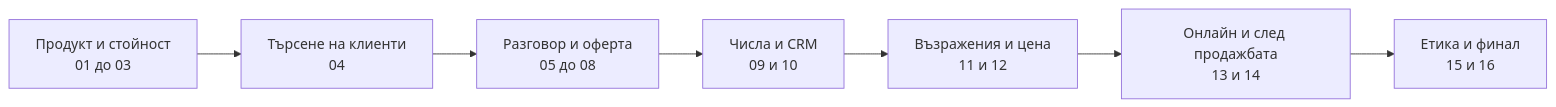
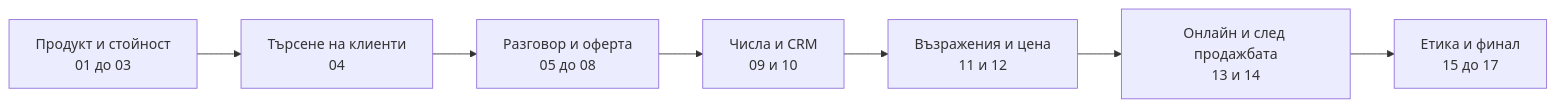
One commit to kikiaangelova/prodazhbeni-umeniya changed the diagram in resursi/istinska-prodazhba.md. Above: the diagram before and after it, drawn with Mermaid. The commit also changed other lines of this file and 8 other files, not shown here.

````diff
--- a/resursi/istinska-prodazhba.md
+++ b/resursi/istinska-prodazhba.md
@@ -36,9 +37,9 @@
 ```mermaid
 flowchart LR
   A["Продукт и стойност<br/>01 до 03"] --> B["Търсене на клиенти<br/>04"]
   B --> C["Разговор и оферта<br/>05 до 08"]
   C --> D["Числа и CRM<br/>09 и 10"]
   D --> E["Възражения и цена<br/>11 и 12"]
   E --> F["Онлайн и след продажбата<br/>13 и 14"]
-  F --> G["Етика и финал<br/>15 и 16"]
+  F --> G["Етика и финал<br/>15 до 17"]
 ```
````
